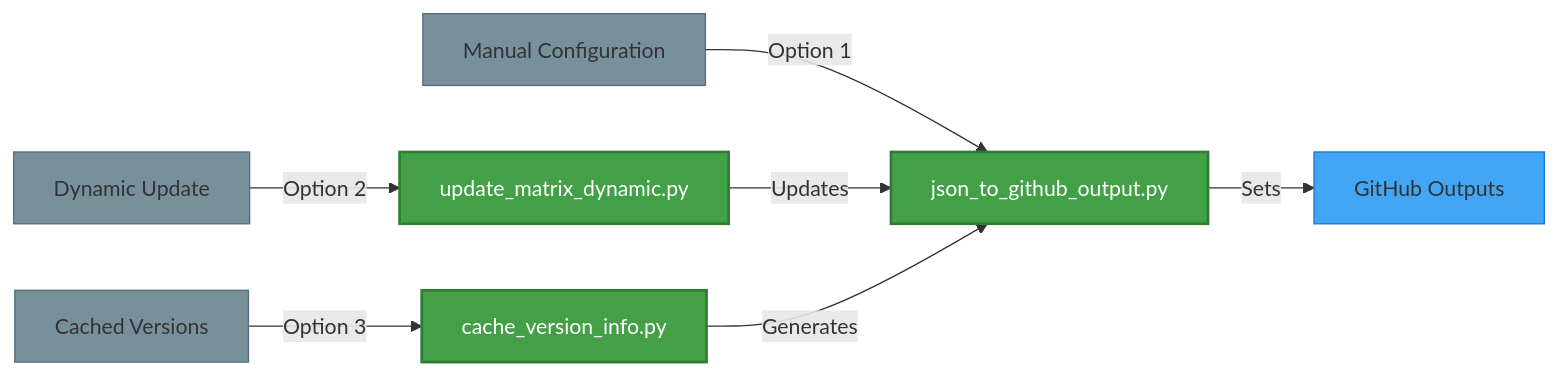
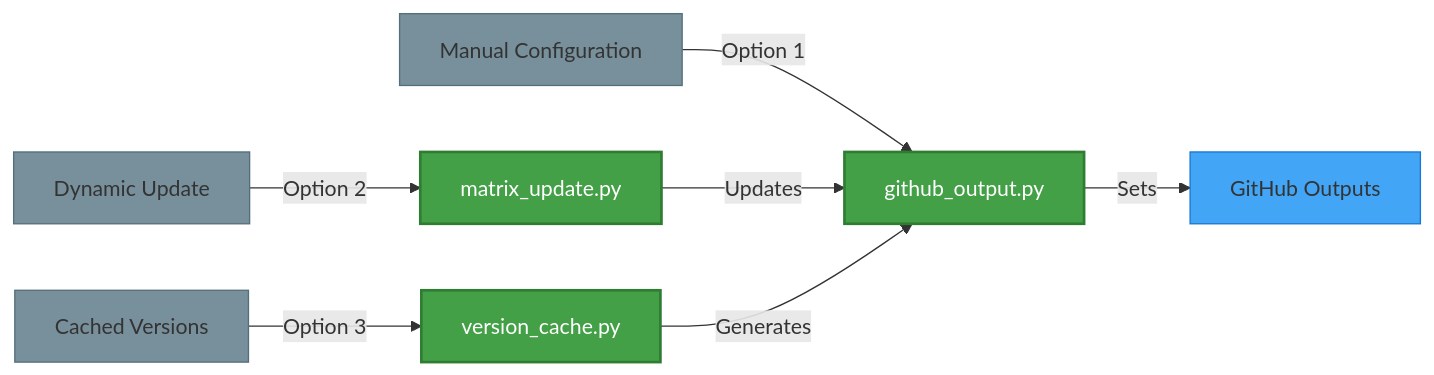
One commit to 7rikazhexde/json2vars-setter changed the second of 2 diagrams in docs/features/index.md. Above: the diagram before and after it, drawn with Mermaid. The commit also changed other lines of this file and 20 other files, not shown here.

````diff
--- a/docs/features/index.md
+++ b/docs/features/index.md
@@ -80,21 +80,21 @@
 ```mermaid
 graph LR
-    A[Manual Configuration] -->|Option 1| D[json_to_github_output.py]
+    A[Manual Configuration] -->|Option 1| D[github_output.py]
 
-    B[Dynamic Update] -->|Option 2| C[update_matrix_dynamic.py]
+    B[Dynamic Update] -->|Option 2| C[matrix_update.py]
     C -->|Updates| D
 
-    E[Cached Versions] -->|Option 3| F[cache_version_info.py]
+    E[Cached Versions] -->|Option 3| F[version_cache.py]
     F -->|Generates| D
 
     D -->|Sets| G[GitHub Outputs]
 
     %% Universal light/dark mode styles
     classDef start fill:#78909c,stroke:#546e7a,stroke-width:1px
     classDef process fill:#43a047,stroke:#2e7d32,stroke-width:2px,color:#fff
     classDef output fill:#42a5f5,stroke:#1976d2,stroke-width:1px
 
     class A,B,E start
     class C,D,F process
     class G output
 ```
````
